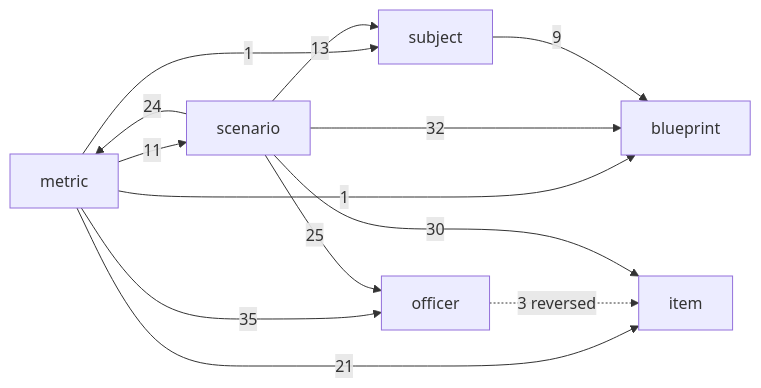
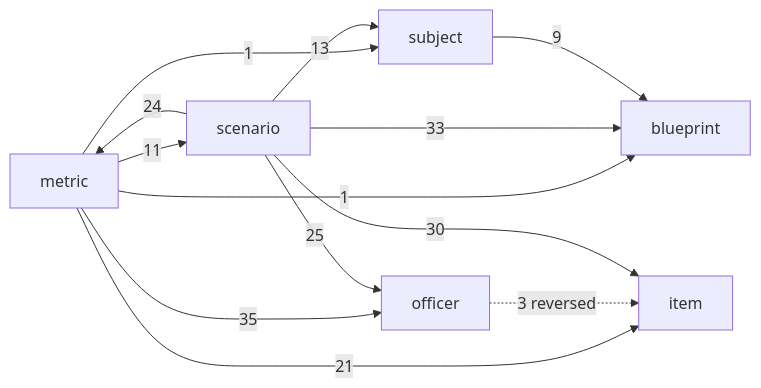
Before and after one commit to geraldmaron/tactically-idle: the diagram in docs/architecture.md, drawn with Mermaid. The commit also changed other lines of this file, not shown here.

Commit message:
Re-render the architecture doc for the push-back gate

````diff
--- a/docs/architecture.md
+++ b/docs/architecture.md
@@ -39,15 +39,15 @@
 ```mermaid
 flowchart LR
   metric -->|1| blueprint
   metric -->|21| item
   metric -->|35| officer
   metric -->|11| scenario
   metric -->|1| subject
   officer -.->|3 reversed| item
-  scenario -->|32| blueprint
+  scenario -->|33| blueprint
   scenario -->|30| item
   scenario -->|24| metric
   scenario -->|25| officer
   scenario -->|13| subject
   subject -->|9| blueprint
 ```
````
